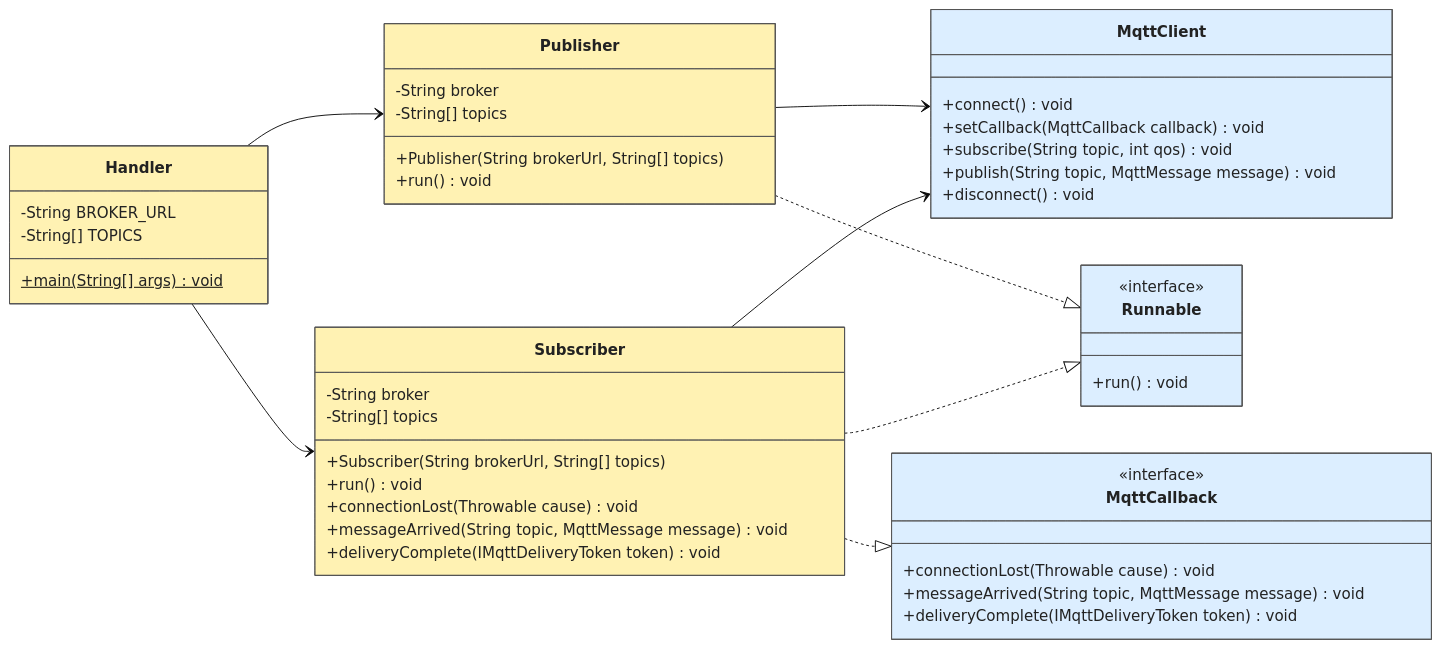
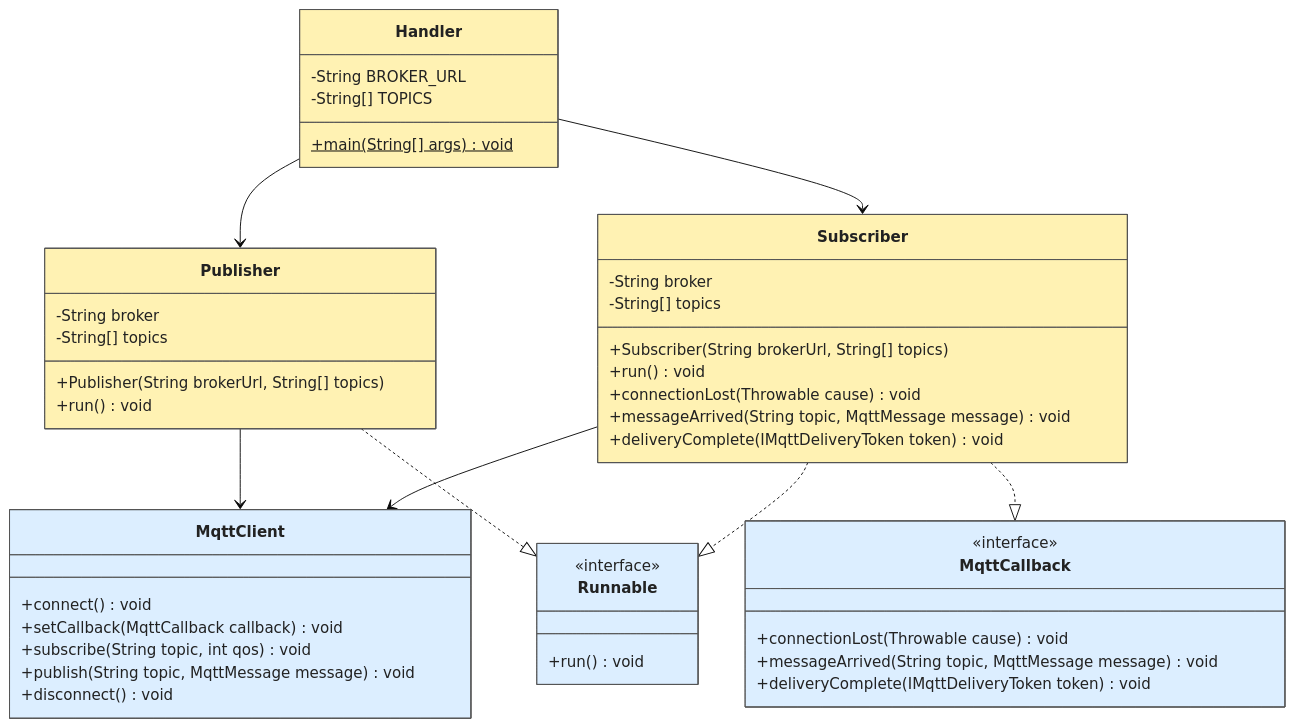
One commit to csc-3100/cloud-mqtt changed the diagram in DIAGRAM.md. Above: the diagram before and after it, drawn with Mermaid (base theme).

Commit message:
Change diagram direction from LR to TB

````diff
--- a/DIAGRAM.md
+++ b/DIAGRAM.md
@@ -5,71 +5,71 @@
 ```mermaid
 classDiagram
-    direction LR
+    direction TB
 
     class Handler {
         -String BROKER_URL
         -String[] TOPICS
         +main(String[] args)$ void
     }
 
     class Publisher {
         -String broker
         -String[] topics
         +Publisher(String brokerUrl, String[] topics)
         +run() void
     }
 
     class Subscriber {
         -String broker
         -String[] topics
         +Subscriber(String brokerUrl, String[] topics)
         +run() void
         +connectionLost(Throwable cause) void
         +messageArrived(String topic, MqttMessage message) void
         +deliveryComplete(IMqttDeliveryToken token) void
     }
 
     class Runnable {
         <<interface>>
         +run() void
     }
 
     class MqttCallback {
         <<interface>>
         +connectionLost(Throwable cause) void
         +messageArrived(String topic, MqttMessage message) void
         +deliveryComplete(IMqttDeliveryToken token) void
     }
 
     class MqttClient {
         +connect() void
         +setCallback(MqttCallback callback) void
         +subscribe(String topic, int qos) void
         +publish(String topic, MqttMessage message) void
         +disconnect() void
     }
 
     %% Associations
 
     Handler --> Publisher
     Handler --> Subscriber
 
     Publisher --> MqttClient
     Subscriber --> MqttClient
 
     %% Interface realizations
 
     Publisher ..|> Runnable
     Subscriber ..|> Runnable
     Subscriber ..|> MqttCallback
 
     %% CSC 3100 UML colors
 
     style Handler fill:#FFF2B3,stroke:#555555,color:#222222
     style Publisher fill:#FFF2B3,stroke:#555555,color:#222222
     style Subscriber fill:#FFF2B3,stroke:#555555,color:#222222
 
     style Runnable fill:#DCEEFF,stroke:#555555,color:#222222
     style MqttCallback fill:#DCEEFF,stroke:#555555,color:#222222
     style MqttClient fill:#DCEEFF,stroke:#555555,color:#222222
 ```
````
